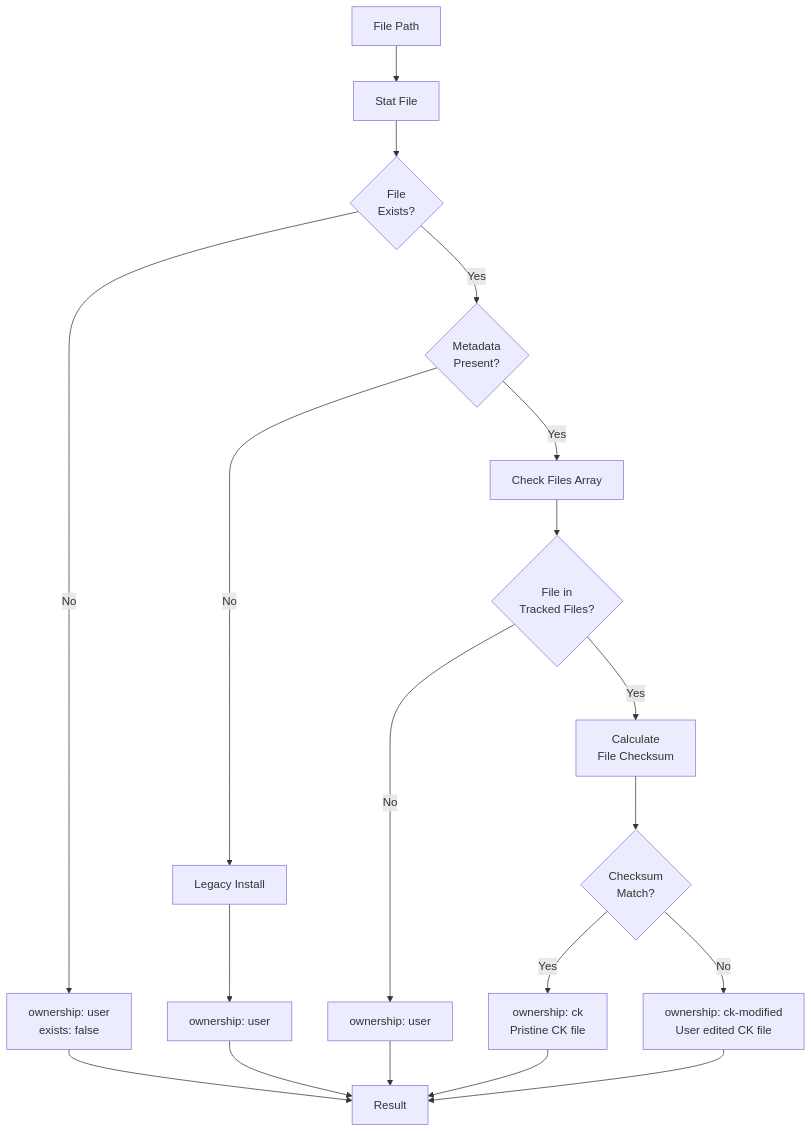
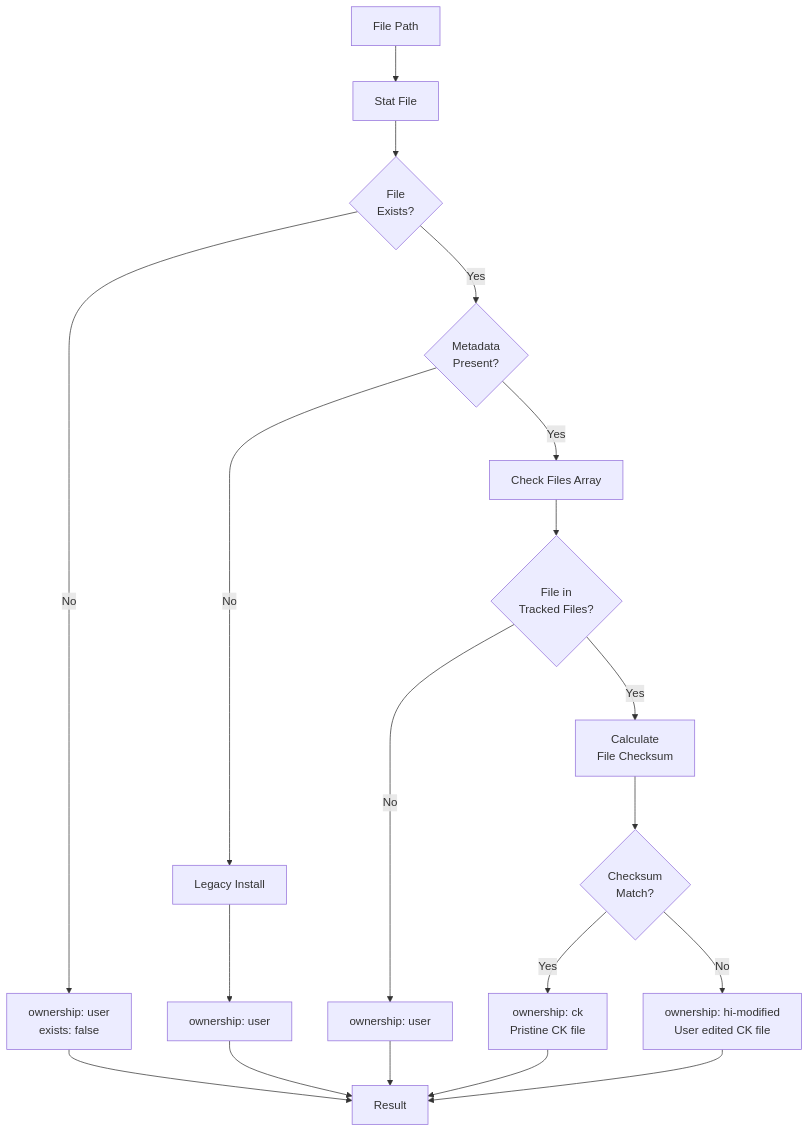
One commit to kaeljune/hilab-cli changed the seventh of 12 diagrams in docs/hi-command-flow-guide.md. Above: the diagram before and after it, drawn with Mermaid. The commit also changed other lines of this file and 98 other files, not shown here.

````diff
--- a/docs/hi-command-flow-guide.md
+++ b/docs/hi-command-flow-guide.md
@@ -379,21 +377,21 @@
 ```mermaid
 flowchart TD
     A["File Path"] --> B["Stat File"]
     B --> C{"File<br/>Exists?"}
     C -->|No| D["ownership: user<br/>exists: false"]
     C -->|Yes| E{"Metadata<br/>Present?"}
     E -->|No| F["Legacy Install"]
     E -->|Yes| G["Check Files Array"]
     F --> H["ownership: user"]
     G --> I{"File in<br/>Tracked Files?"}
     I -->|No| J["ownership: user"]
     I -->|Yes| K["Calculate<br/>File Checksum"]
     K --> L{"Checksum<br/>Match?"}
     L -->|Yes| M["ownership: ck<br/>Pristine CK file"]
-    L -->|No| N["ownership: ck-modified<br/>User edited CK file"]
+    L -->|No| N["ownership: hi-modified<br/>User edited CK file"]
     D --> O["Result"]
     H --> O
     J --> O
     M --> O
     N --> O
 ```
````
